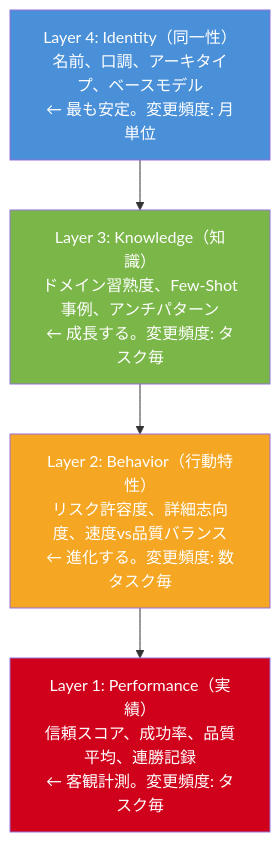
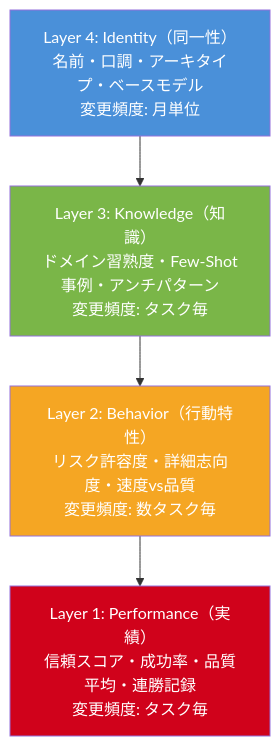
The second of 3 diagrams in docs/design.md (skaji18/tanebi), drawn with Mermaid before and after one commit. The commit also changed other lines of this file and 4 other files, not shown here.

````diff
--- a/docs/design.md
+++ b/docs/design.md
@@ -231,14 +807,14 @@
 ```mermaid
 graph TD
-    L4["Layer 4: Identity（同一性）<br/>名前、口調、アーキタイプ、ベースモデル<br/>← 最も安定。変更頻度: 月単位"]
-    L3["Layer 3: Knowledge（知識）<br/>ドメイン習熟度、Few-Shot事例、アンチパターン<br/>← 成長する。変更頻度: タスク毎"]
-    L2["Layer 2: Behavior（行動特性）<br/>リスク許容度、詳細志向度、速度vs品質バランス<br/>← 進化する。変更頻度: 数タスク毎"]
-    L1["Layer 1: Performance（実績）<br/>信頼スコア、成功率、品質平均、連勝記録<br/>← 客観計測。変更頻度: タスク毎"]
+    L4["Layer 4: Identity（同一性）<br/>名前・口調・アーキタイプ・ベースモデル<br/>変更頻度: 月単位"]
+    L3["Layer 3: Knowledge（知識）<br/>ドメイン習熟度・Few-Shot事例・アンチパターン<br/>変更頻度: タスク毎"]
+    L2["Layer 2: Behavior（行動特性）<br/>リスク許容度・詳細志向度・速度vs品質<br/>変更頻度: 数タスク毎"]
+    L1["Layer 1: Performance（実績）<br/>信頼スコア・成功率・品質平均・連勝記録<br/>変更頻度: タスク毎"]
 
     L4 --> L3 --> L2 --> L1
 
     style L4 fill:#4a90d9,color:#fff
     style L3 fill:#7ab648,color:#fff
     style L2 fill:#f5a623,color:#fff
     style L1 fill:#d0021b,color:#fff
 ```
````
